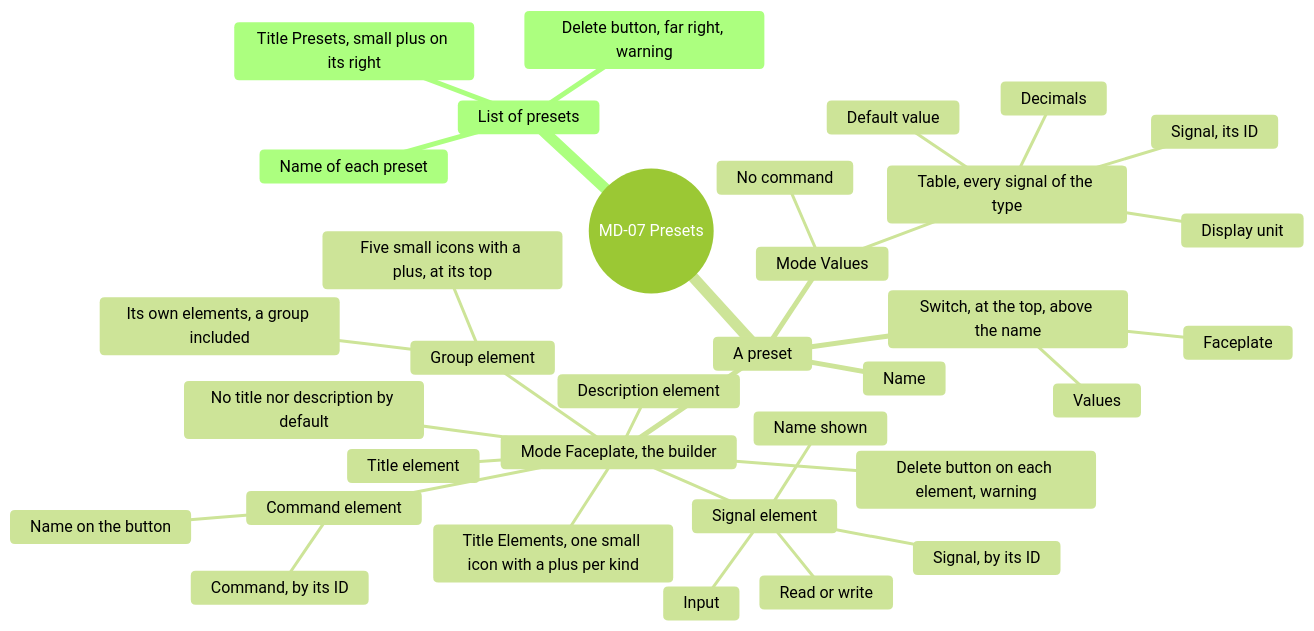
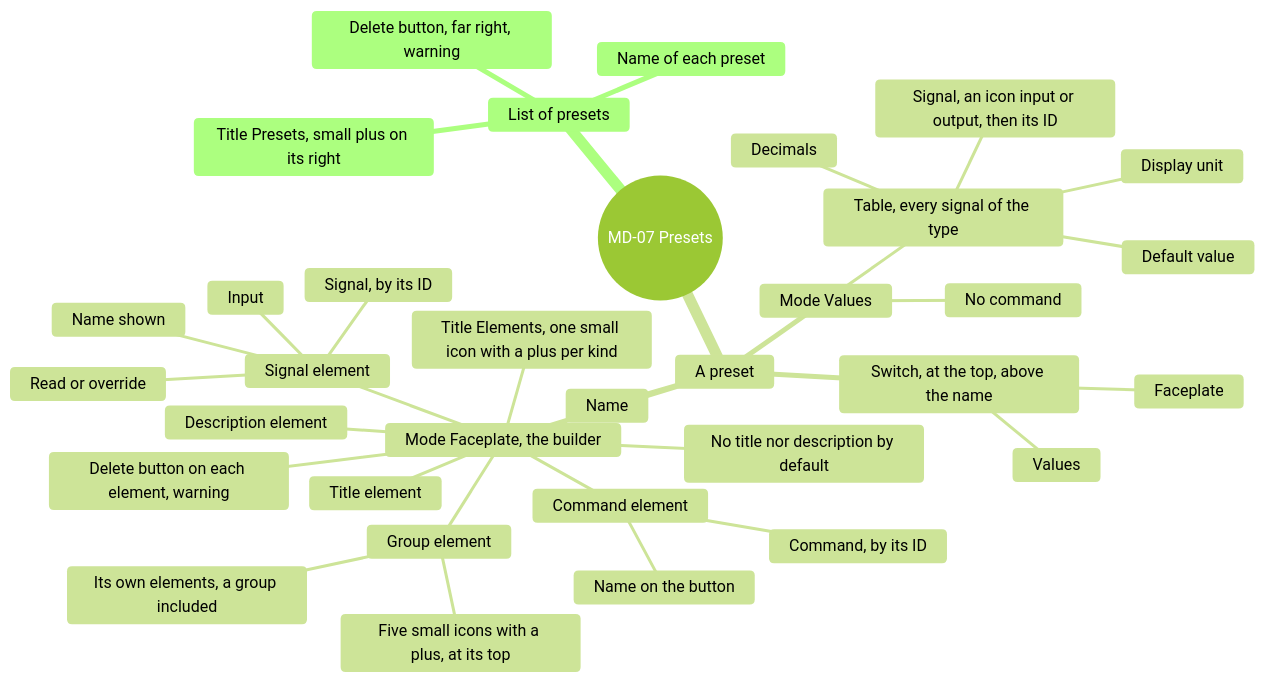
One commit to AlexandreGallais/synoptic-studio-spec changed diagram 11 of 16 in screens/metadata.md. Above: the diagram before and after it, drawn with Mermaid (forest theme). The commit also changed other lines of this file and 8 other files, not shown here.

First line of the commit message:
docs(presets): add read or override and the meaning of the default value

````diff
--- a/screens/metadata.md
+++ b/screens/metadata.md
@@ -327,37 +327,37 @@
 ```mermaid
 mindmap
   root((MD-07 Presets))
     List of presets
       Title Presets, small plus on its right
       Name of each preset
       Delete button, far right, warning
     A preset
       Switch, at the top, above the name
         Values
         Faceplate
       Name
       Mode Values
         Table, every signal of the type
-          Signal, its ID
+          Signal, an icon input or output, then its ID
           Display unit
           Decimals
           Default value
         No command
       Mode Faceplate, the builder
         No title nor description by default
         Title Elements, one small icon with a plus per kind
         Signal element
           Signal, by its ID
           Name shown
           Input
-          Read or write
+          Read or override
         Command element
           Command, by its ID
           Name on the button
         Title element
         Description element
         Group element
           Five small icons with a plus, at its top
           Its own elements, a group included
         Delete button on each element, warning
 ```
````
